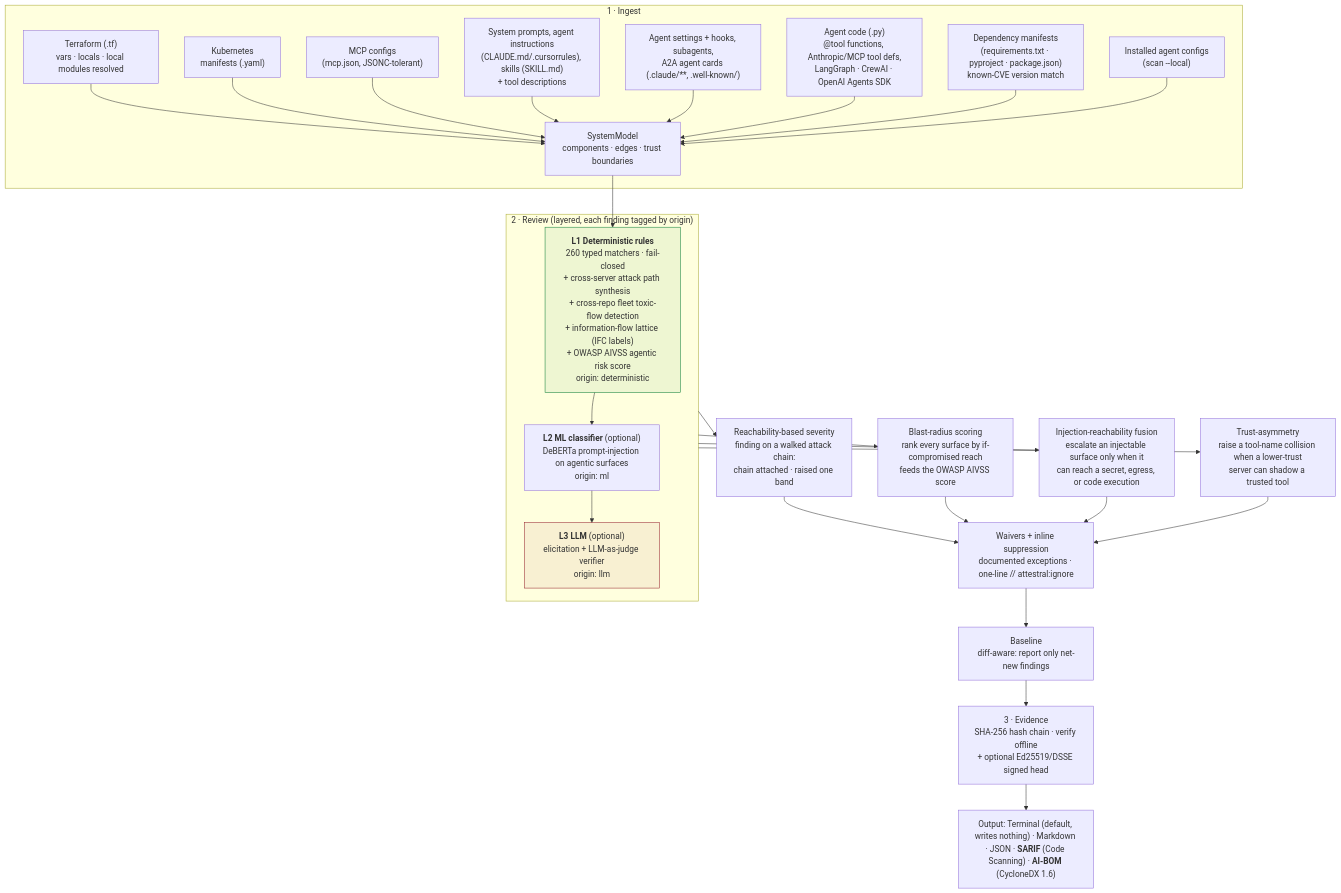
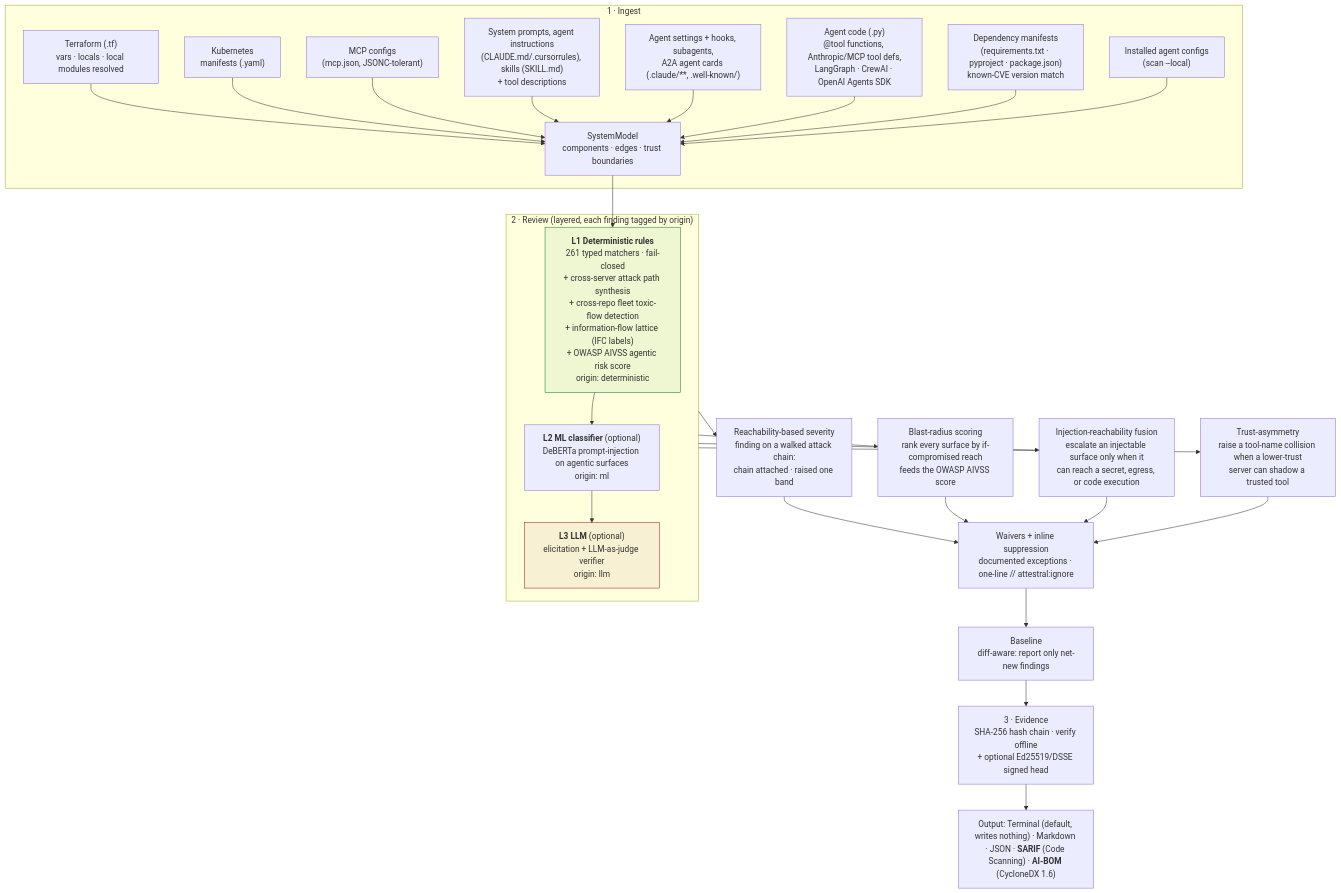
One commit to attestral-labs/attestral changed the first of 4 diagrams in README.md. Above: the diagram before and after it, drawn with Mermaid. The commit also changed other lines of this file and 13 other files, not shown here.

````diff
--- a/README.md
+++ b/README.md
@@ -123,34 +123,34 @@
 ```mermaid
 flowchart TB
     subgraph ING["1 · Ingest"]
         TF["Terraform (.tf)<br/>vars · locals · local modules resolved"] --> M
         K8S["Kubernetes<br/>manifests (.yaml)"] --> M
         MCP["MCP configs<br/>(mcp.json, JSONC-tolerant)"] --> M
         SP["System prompts, agent instructions<br/>(CLAUDE.md/.cursorrules), skills (SKILL.md)<br/>+ tool descriptions"] --> M
         AC["Agent settings + hooks, subagents,<br/>A2A agent cards (.claude/**, .well-known/)"] --> M
         CODE["Agent code (.py)<br/>@tool functions, Anthropic/MCP tool defs,<br/>LangGraph · CrewAI · OpenAI Agents SDK"] --> M
         DEP["Dependency manifests<br/>(requirements.txt · pyproject · package.json)<br/>known-CVE version match"] --> M
         LC["Installed agent configs<br/>(scan --local)"] --> M
         M["SystemModel<br/>components · edges · trust boundaries"]
     end
     M --> L1
     subgraph REV["2 · Review (layered, each finding tagged by origin)"]
-        L1["<b>L1 Deterministic rules</b><br/>260 typed matchers · fail-closed<br/>+ cross-server attack path synthesis<br/>+ cross-repo fleet toxic-flow detection<br/>+ information-flow lattice (IFC labels)<br/>+ OWASP AIVSS agentic risk score<br/>origin: deterministic"]
+        L1["<b>L1 Deterministic rules</b><br/>261 typed matchers · fail-closed<br/>+ cross-server attack path synthesis<br/>+ cross-repo fleet toxic-flow detection<br/>+ information-flow lattice (IFC labels)<br/>+ OWASP AIVSS agentic risk score<br/>origin: deterministic"]
         L2["<b>L2 ML classifier</b> (optional)<br/>DeBERTa prompt-injection on agentic surfaces<br/>origin: ml"]
         L3["<b>L3 LLM</b> (optional)<br/>elicitation + LLM-as-judge verifier<br/>origin: llm"]
         L1 --> L2 --> L3
     end
     REV --> RS["Reachability-based severity<br/>finding on a walked attack chain:<br/>chain attached · raised one band"]
     REV --> BR["Blast-radius scoring<br/>rank every surface by if-compromised reach<br/>feeds the OWASP AIVSS score"]
     REV --> IR["Injection-reachability fusion<br/>escalate an injectable surface only when it<br/>can reach a secret, egress, or code execution"]
     REV --> TA["Trust-asymmetry<br/>raise a tool-name collision when a lower-trust<br/>server can shadow a trusted tool"]
     RS --> W["Waivers + inline suppression<br/>documented exceptions · one-line // attestral:ignore"]
     BR --> W
     IR --> W
     TA --> W
     W --> BL["Baseline<br/>diff-aware: report only net-new findings"]
     BL --> EV["3 · Evidence<br/>SHA-256 hash chain · verify offline<br/>+ optional Ed25519/DSSE signed head"]
     EV --> OUT["Output: Terminal (default, writes nothing) · Markdown · JSON · <b>SARIF</b> (Code Scanning) · <b>AI-BOM</b> (CycloneDX 1.6)"]
     style L1 fill:#0a7d3611,stroke:#0a7d36
     style L3 fill:#96222E11,stroke:#96222E
 ```
````
